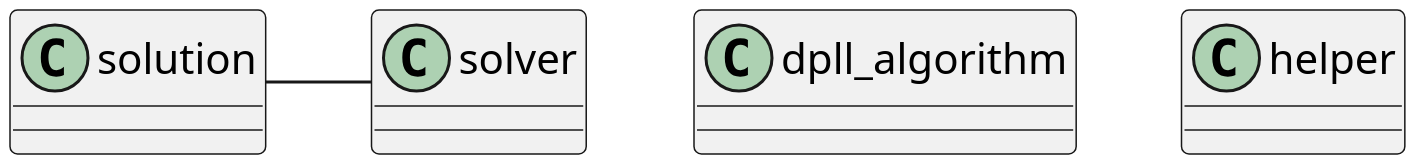
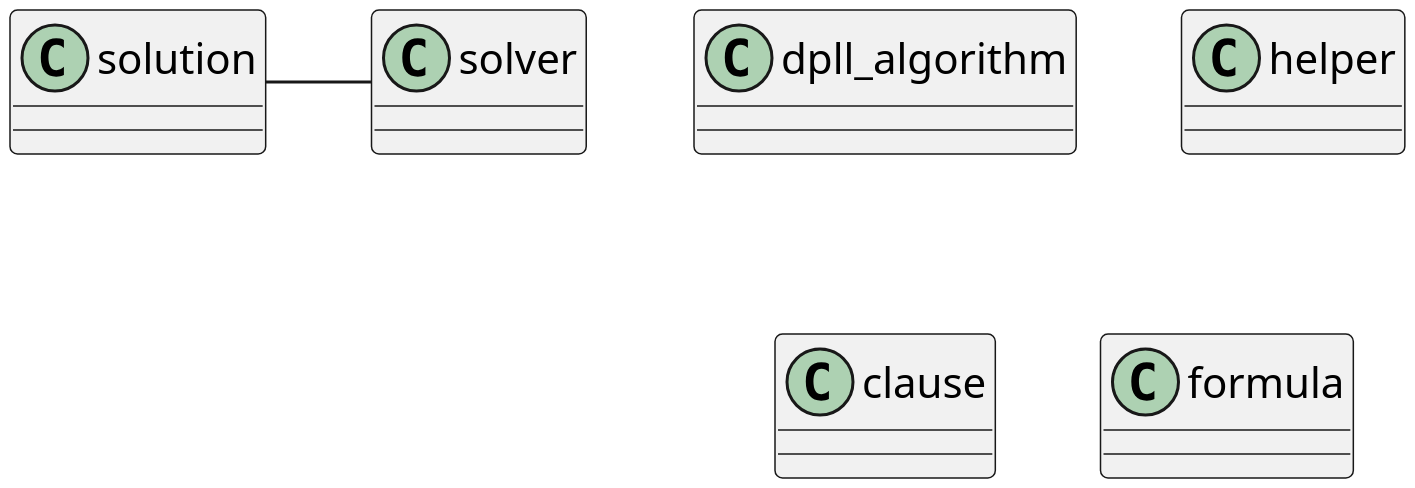
Before and after one commit to Wilbertz/Sudoku-Solver: the diagram in UML/MainClasses.puml, drawn with PlantUML.

Commit message:
Class diagram improved.

```diff
--- a/UML/MainClasses.puml
+++ b/UML/MainClasses.puml
@@ -1,8 +1,10 @@
 @startuml
 scale 3
 class dpll_algorithm
 class solution
 class solver
 class helper
+class clause
+class formula
 solution - solver
 @enduml
```
